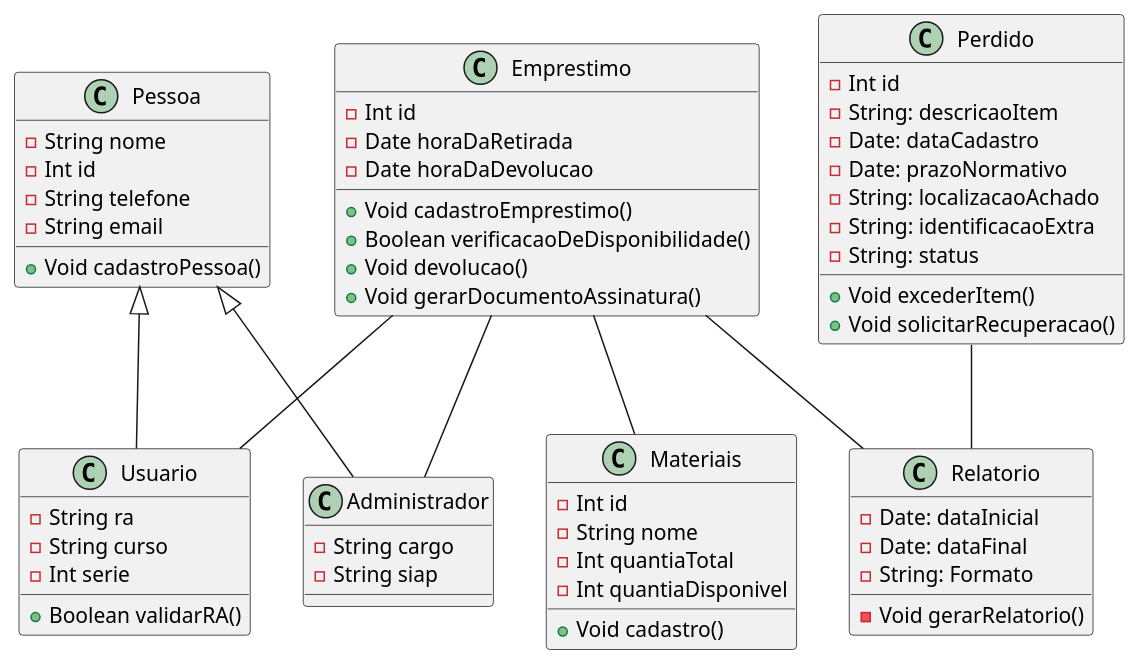
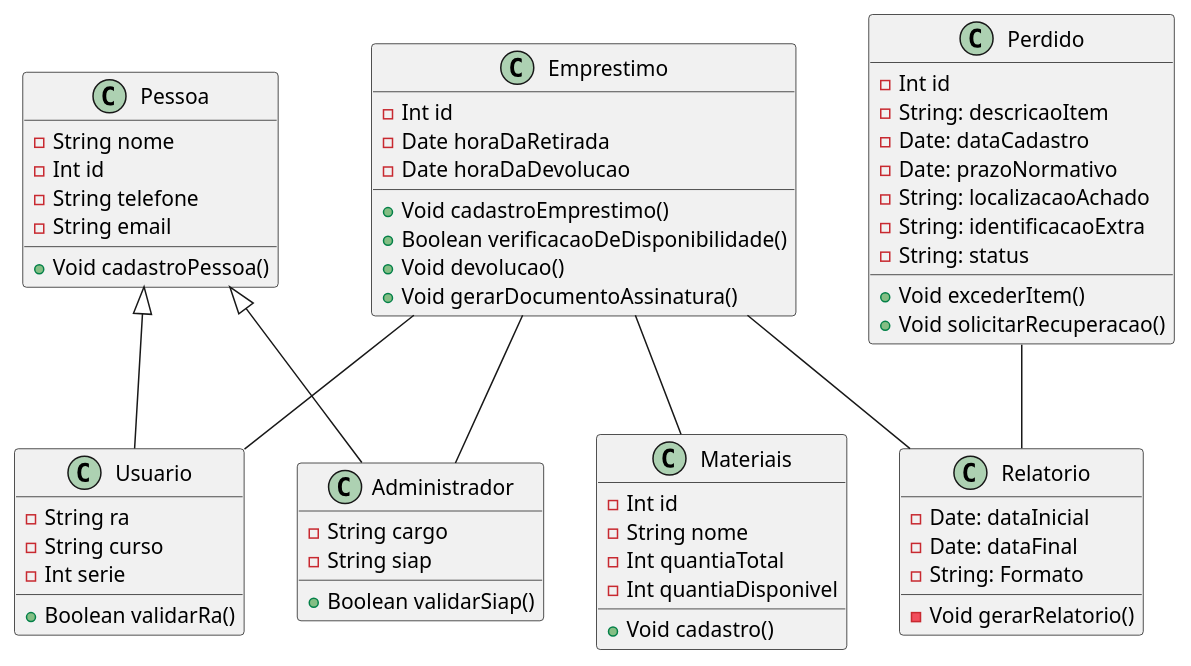
The diagram in diagramaDeClasse.puml (danielalvesmoura/APS-Compartilhado), drawn with PlantUML before and after one commit.

Commit message:
Alteração rápida nas classes

```diff
--- a/diagramaDeClasse.puml
+++ b/diagramaDeClasse.puml
@@ -1,73 +1,75 @@
 @startuml   
 
 class Pessoa { 
     -String nome
     -Int id
     -String telefone
     -String email
 
     +Void cadastroPessoa()
 }
  
 class Usuario {
     -String ra
     -String curso
     -Int serie
 
-    +Boolean validarRA()
+    +Boolean validarRa()
 }
 
 class Administrador {
     -String cargo
     -String siap
+
+    +Boolean validarSiap()
 }
 
 class Materiais {
     -Int id
     -String nome
     -Int quantiaTotal
     -Int quantiaDisponivel
 
     +Void cadastro()
 }
 
 class Emprestimo{
     -Int id
     -Date horaDaRetirada
     -Date horaDaDevolucao
 
     +Void cadastroEmprestimo()
     +Boolean verificacaoDeDisponibilidade()
     +Void devolucao()
     +Void gerarDocumentoAssinatura()
 }
 
 class Perdido {
     -Int id
     -String: descricaoItem
     -Date: dataCadastro
     -Date: prazoNormativo
     -String: localizacaoAchado
     -String: identificacaoExtra
     -String: status
     +Void excederItem()
     +Void solicitarRecuperacao()
 }
 
 class Relatorio {
     -Date: dataInicial
     -Date: dataFinal
     -String: Formato
     -Void gerarRelatorio()
 }
 
 
 Pessoa <|-- Usuario
 Pessoa <|-- Administrador
 Emprestimo -- Materiais
 Emprestimo -- Usuario
 Emprestimo -- Administrador
 Perdido -- Relatorio
 Emprestimo -- Relatorio
 
 @enduml
```
